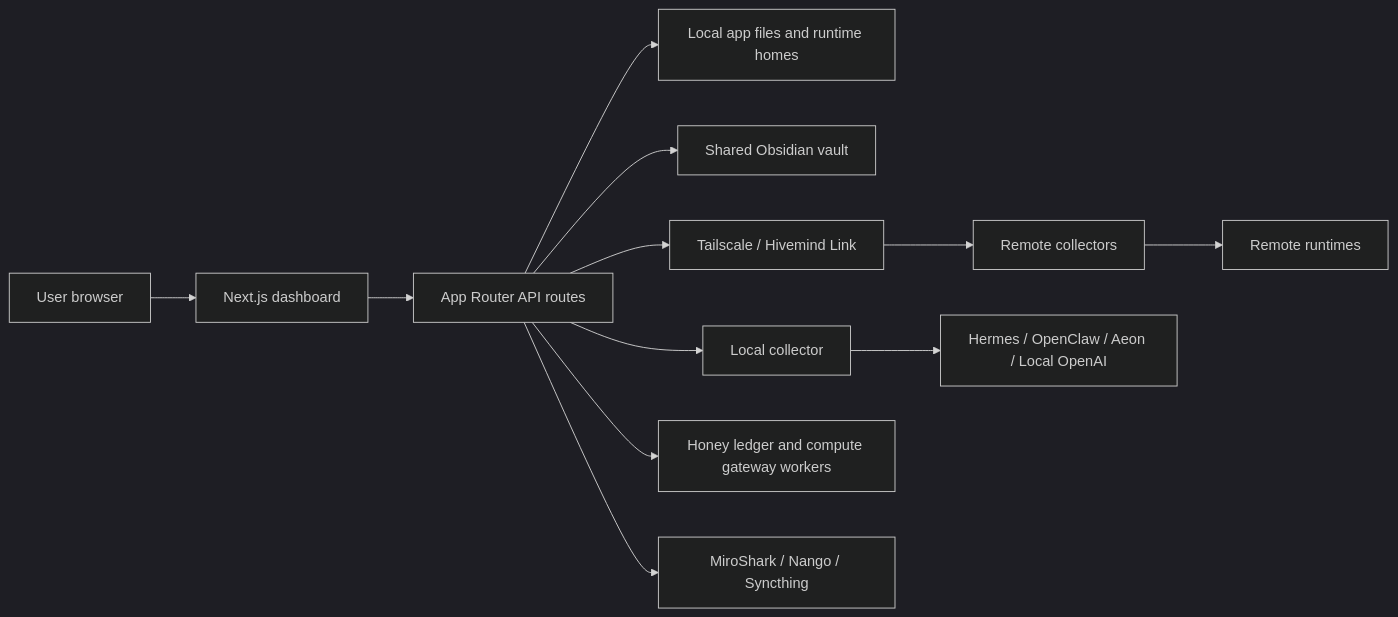
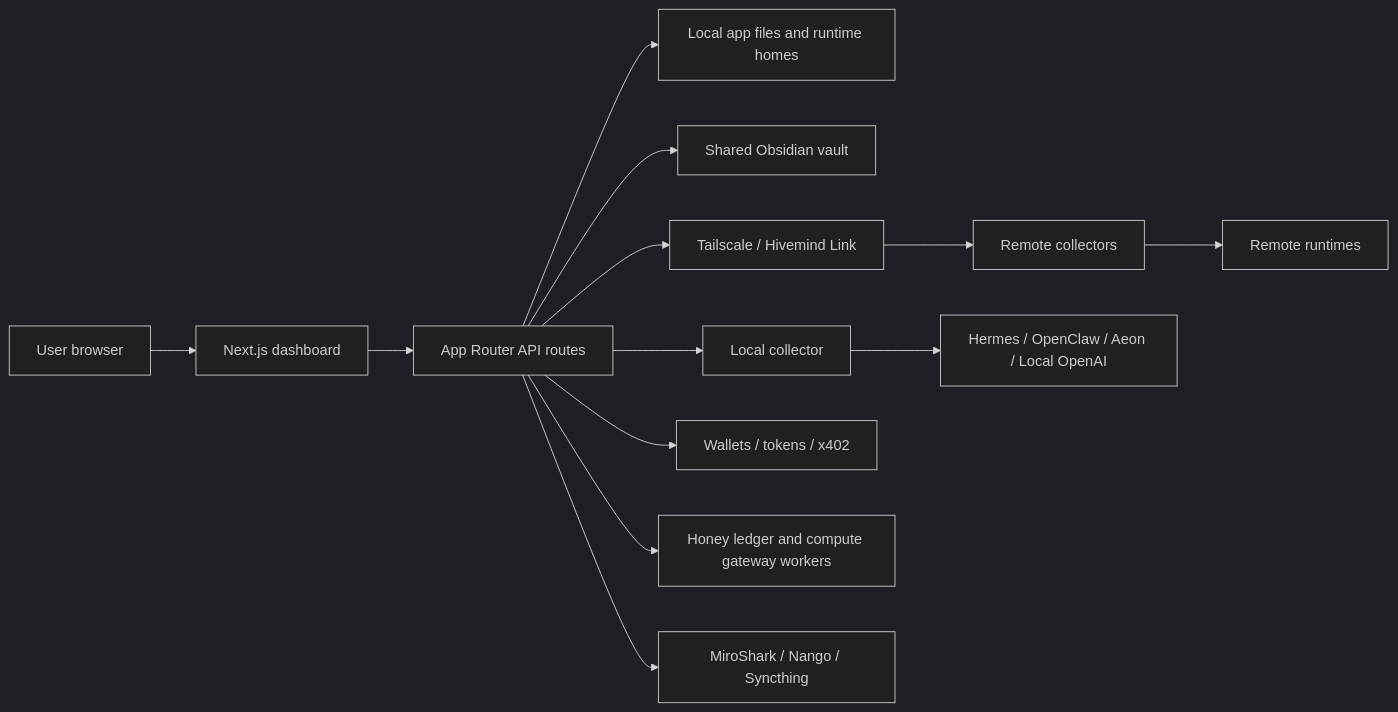
One commit to LiamVisionary/hivemindos changed the diagram in docs/index.md. Above: the diagram before and after it, drawn with Mermaid (dark theme). The commit also changed other lines of this file and 4 other files, not shown here.

Commit message:
Promote wallets and tokens docs

````diff
--- a/docs/index.md
+++ b/docs/index.md
@@ -81,14 +86,15 @@
 ```mermaid
 flowchart LR
   User["User browser"] --> Dashboard["Next.js dashboard"]
   Dashboard --> Api["App Router API routes"]
   Api --> LocalFiles["Local app files and runtime homes"]
   Api --> Vault["Shared Obsidian vault"]
   Api --> Collector["Local collector"]
   Api --> Tailnet["Tailscale / Hivemind Link"]
   Tailnet --> RemoteCollectors["Remote collectors"]
   Collector --> Runtimes["Hermes / OpenClaw / Aeon / Local OpenAI"]
   RemoteCollectors --> RemoteRuntimes["Remote runtimes"]
+  Api --> Wallets["Wallets / tokens / x402"]
   Api --> Workers["Honey ledger and compute gateway workers"]
   Api --> Companions["MiroShark / Nango / Syncthing"]
 ```
````
